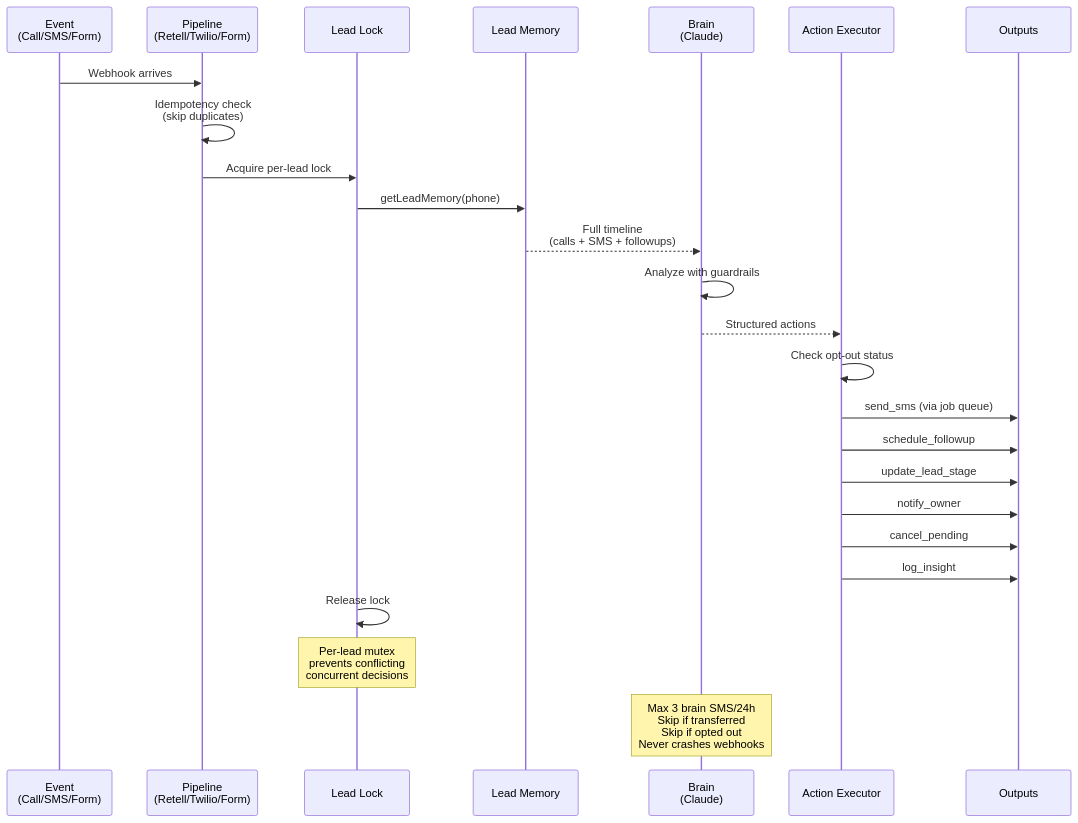
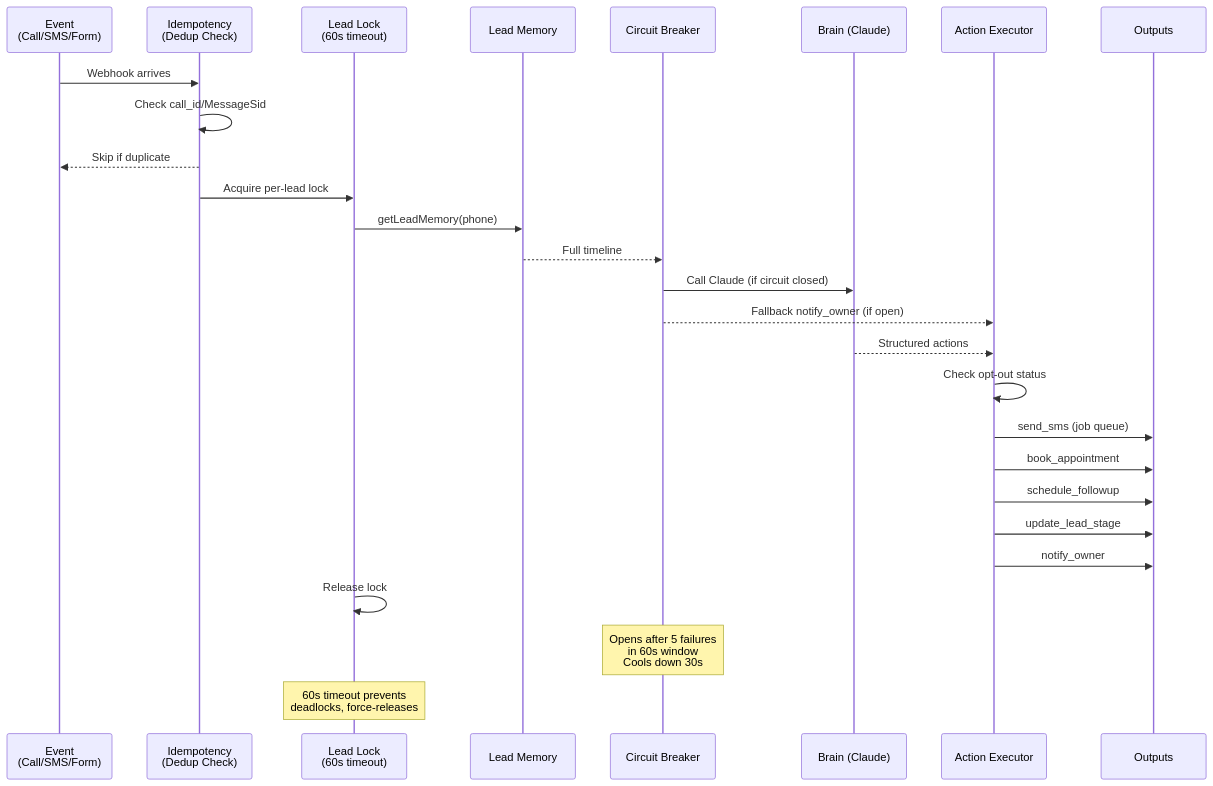
Before and after one commit to sweetsinai/elyvn: the second of 3 diagrams in README.md, drawn with Mermaid. The commit also changed other lines of this file, not shown here.

Commit message:
docs: complete README rewrite — all systems, webhook ordering, security matrix

````diff
--- a/README.md
+++ b/README.md
@@ -185,29 +192,31 @@
 ```mermaid
 sequenceDiagram
     participant E as Event<br/>(Call/SMS/Form)
-    participant P as Pipeline<br/>(Retell/Twilio/Form)
-    participant L as Lead Lock
+    participant I as Idempotency<br/>(Dedup Check)
+    participant L as Lead Lock<br/>(60s timeout)
     participant M as Lead Memory
-    participant B as Brain<br/>(Claude)
+    participant CB as Circuit Breaker
+    participant B as Brain (Claude)
     participant A as Action Executor
     participant O as Outputs
 
-    E->>P: Webhook arrives
-    P->>P: Idempotency check<br/>(skip duplicates)
-    P->>L: Acquire per-lead lock
+    E->>I: Webhook arrives
+    I->>I: Check call_id/MessageSid
+    I-->>E: Skip if duplicate
+    I->>L: Acquire per-lead lock
     L->>M: getLeadMemory(phone)
-    M-->>B: Full timeline<br/>(calls + SMS + followups)
-    B->>B: Analyze with guardrails
+    M-->>CB: Full timeline
+    CB->>B: Call Claude (if circuit closed)
+    CB-->>A: Fallback notify_owner (if open)
     B-->>A: Structured actions
     A->>A: Check opt-out status
-    A->>O: send_sms (via job queue)
+    A->>O: send_sms (job queue)
+    A->>O: book_appointment
     A->>O: schedule_followup
     A->>O: update_lead_stage
     A->>O: notify_owner
-    A->>O: cancel_pending
-    A->>O: log_insight
     L->>L: Release lock
 
-    Note over L: Per-lead mutex<br/>prevents conflicting<br/>concurrent decisions
-    Note over B: Max 3 brain SMS/24h<br/>Skip if transferred<br/>Skip if opted out<br/>Never crashes webhooks
+    Note over CB: Opens after 5 failures<br/>in 60s window<br/>Cools down 30s
+    Note over L: 60s timeout prevents<br/>deadlocks, force-releases
 ```
````
